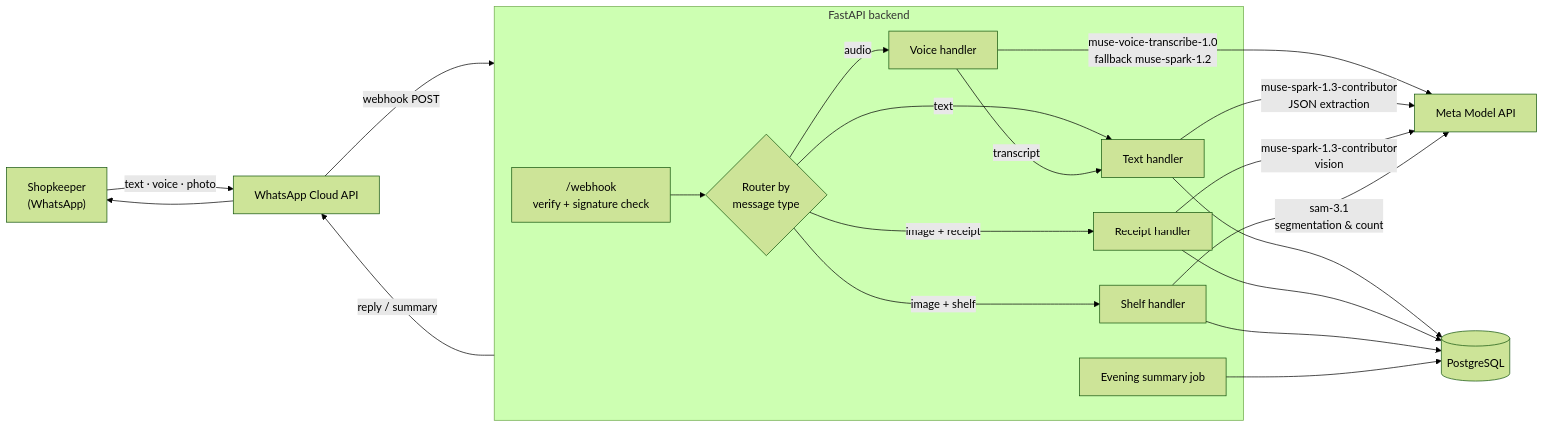
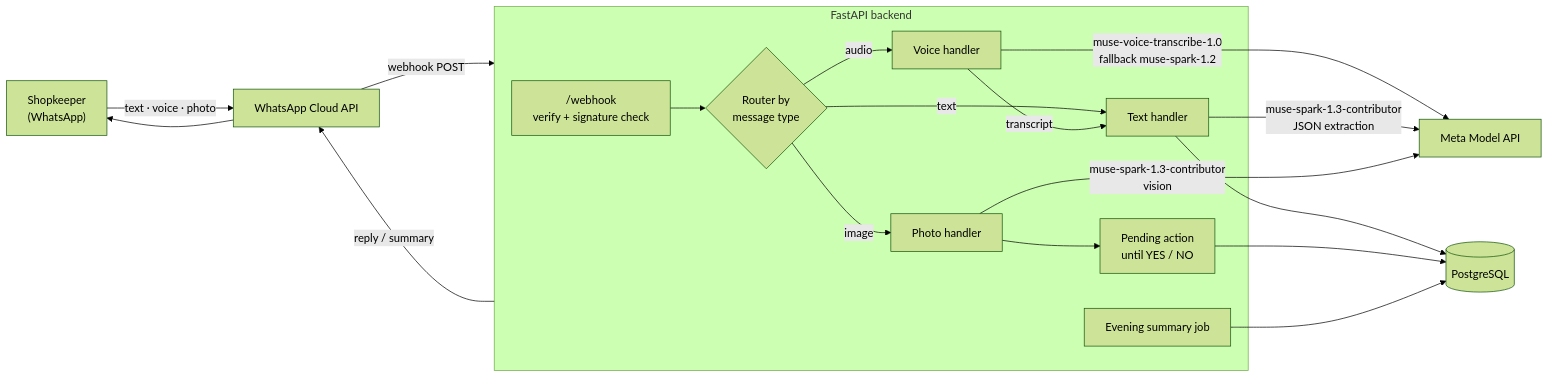
One commit to celestedev445-hub/boutiko changed the first of 5 diagrams in README.md. Above: the diagram before and after it, drawn with Mermaid (forest theme). The commit also changed other lines of this file and 16 other files, not shown here.

````diff
--- a/README.md
+++ b/README.md
@@ -34,24 +34,23 @@
 ```mermaid
 flowchart LR
     U["Shopkeeper<br/>(WhatsApp)"] -->|text · voice · photo| WA[WhatsApp Cloud API]
     WA -->|webhook POST| API
 
     subgraph API[FastAPI backend]
         W["/webhook<br/>verify + signature check"] --> R{Router by<br/>message type}
         R -->|text| T[Text handler]
         R -->|audio| A[Voice handler]
-        R -->|image + receipt| RC[Receipt handler]
-        R -->|image + shelf| SH[Shelf handler]
+        R -->|image| RC[Photo handler]
+        RC --> PA[Pending action<br/>until YES / NO]
         J[Evening summary job]
     end
 
     A -->|muse-voice-transcribe-1.0<br/>fallback muse-spark-1.2| M[Meta Model API]
     A -->|transcript| T
     T -->|muse-spark-1.3-contributor<br/>JSON extraction| M
     RC -->|muse-spark-1.3-contributor<br/>vision| M
-    SH -->|sam-3.1<br/>segmentation & count| M
 
-    T & RC & SH --> DB[(PostgreSQL)]
+    T & PA --> DB[(PostgreSQL)]
     J --> DB
     API -->|reply / summary| WA --> U
 ```
````
